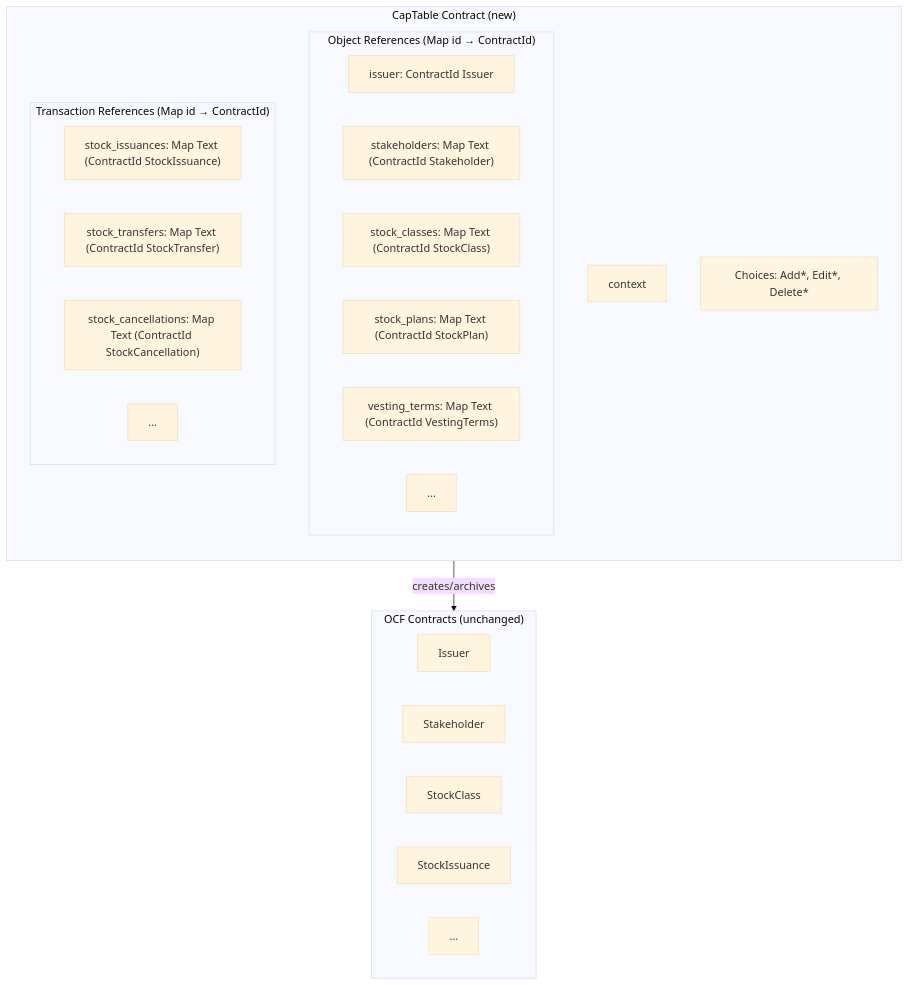
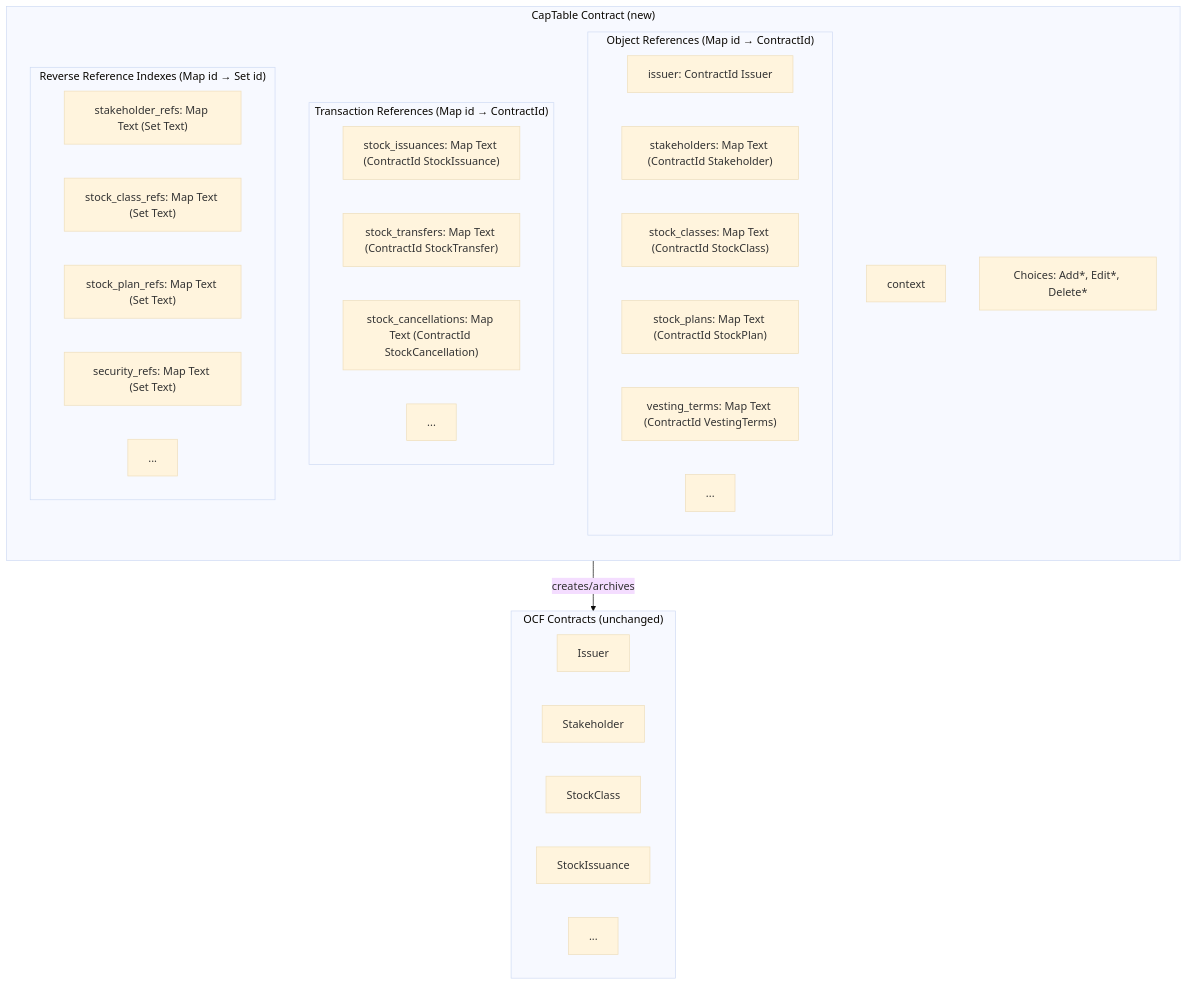
One commit to Fairmint/open-captable-protocol-daml changed the diagram in docs/adr/002-stateful-issuer-with-position-tracking.md. Above: the diagram before and after it, drawn with Mermaid (base theme). The commit also changed other lines of this file, not shown here.

First line of the commit message:
ADR-002: Add reverse-reference indexes for delete validation

````diff
--- a/docs/adr/002-stateful-issuer-with-position-tracking.md
+++ b/docs/adr/002-stateful-issuer-with-position-tracking.md
@@ -47,35 +49,43 @@
 ```mermaid
 graph TB
     subgraph CapTable["CapTable Contract (new)"]
         direction TB
         Meta["context"]
 
         subgraph Objects["Object References (Map id → ContractId)"]
             O0["issuer: ContractId Issuer"]
             O1["stakeholders: Map Text (ContractId Stakeholder)"]
             O2["stock_classes: Map Text (ContractId StockClass)"]
             O3["stock_plans: Map Text (ContractId StockPlan)"]
             O4["vesting_terms: Map Text (ContractId VestingTerms)"]
             O5["..."]
         end
 
         subgraph Transactions["Transaction References (Map id → ContractId)"]
             T1["stock_issuances: Map Text (ContractId StockIssuance)"]
             T2["stock_transfers: Map Text (ContractId StockTransfer)"]
             T3["stock_cancellations: Map Text (ContractId StockCancellation)"]
             T4["..."]
         end
 
+        subgraph ReverseRefs["Reverse Reference Indexes (Map id → Set id)"]
+            R1["stakeholder_refs: Map Text (Set Text)"]
+            R2["stock_class_refs: Map Text (Set Text)"]
+            R3["stock_plan_refs: Map Text (Set Text)"]
+            R4["security_refs: Map Text (Set Text)"]
+            R5["..."]
+        end
+
         Choices["Choices: Add*, Edit*, Delete*"]
     end
 
     CapTable -->|creates/archives| OCF["OCF Object Contracts"]
 
     subgraph OCF["OCF Contracts (unchanged)"]
         C0[Issuer]
         C1[Stakeholder]
         C2[StockClass]
         C3[StockIssuance]
         C4[...]
     end
 ```
````
